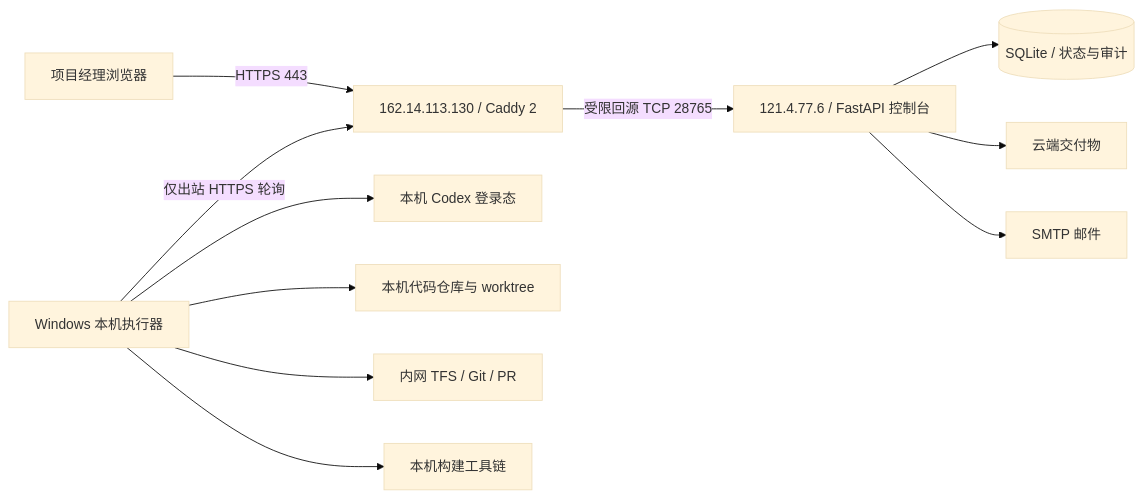
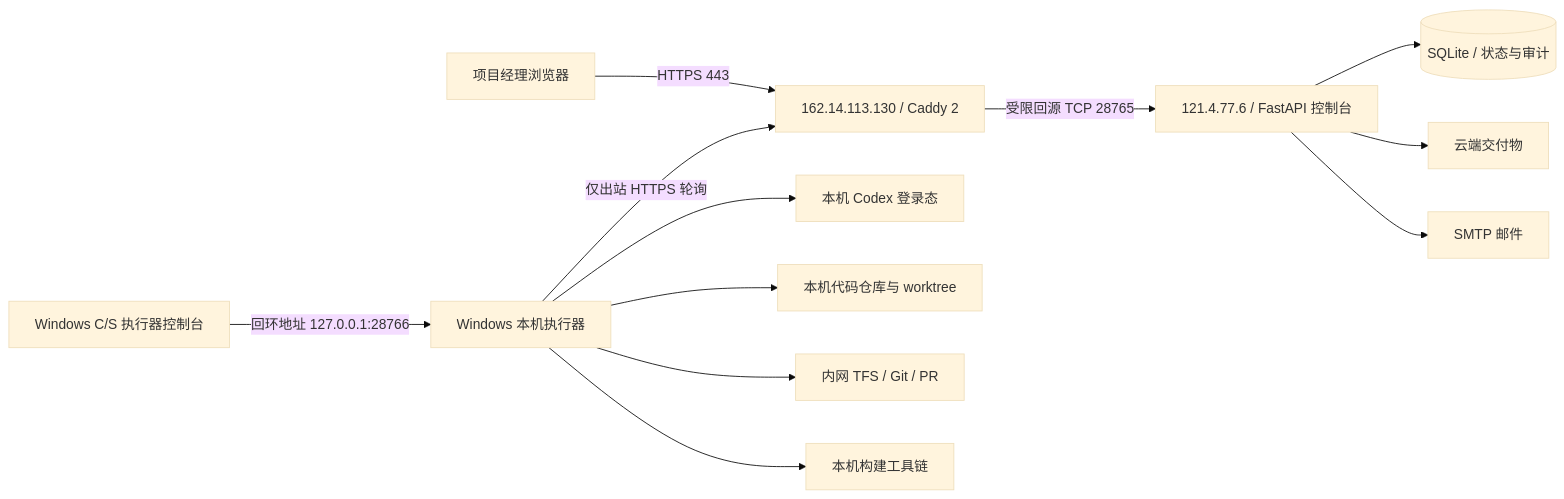
Before and after one commit to yangtaoer/auto-dev: the first of 2 diagrams in docs/architecture.md, drawn with Mermaid (base theme). The commit also changed other lines of this file and 22 other files, not shown here.

````diff
--- a/docs/architecture.md
+++ b/docs/architecture.md
@@ -5,13 +5,14 @@
 ```mermaid
 flowchart LR
     PM["项目经理浏览器"] -->|"HTTPS 443"| Caddy["162.14.113.130 / Caddy 2"]
     Caddy -->|"受限回源 TCP 28765"| Web["121.4.77.6 / FastAPI 控制台"]
     Web --> DB[("SQLite / 状态与审计")]
     Web --> CloudFiles["云端交付物"]
     Web --> SMTP["SMTP 邮件"]
     Runner["Windows 本机执行器"] -->|"仅出站 HTTPS 轮询"| Caddy
     Runner --> Codex["本机 Codex 登录态"]
     Runner --> Repo["本机代码仓库与 worktree"]
     Runner --> TFS["内网 TFS / Git / PR"]
     Runner --> Build["本机构建工具链"]
+    Client["Windows C/S 执行器控制台"] -->|"回环地址 127.0.0.1:28766"| Runner
 ```
````
